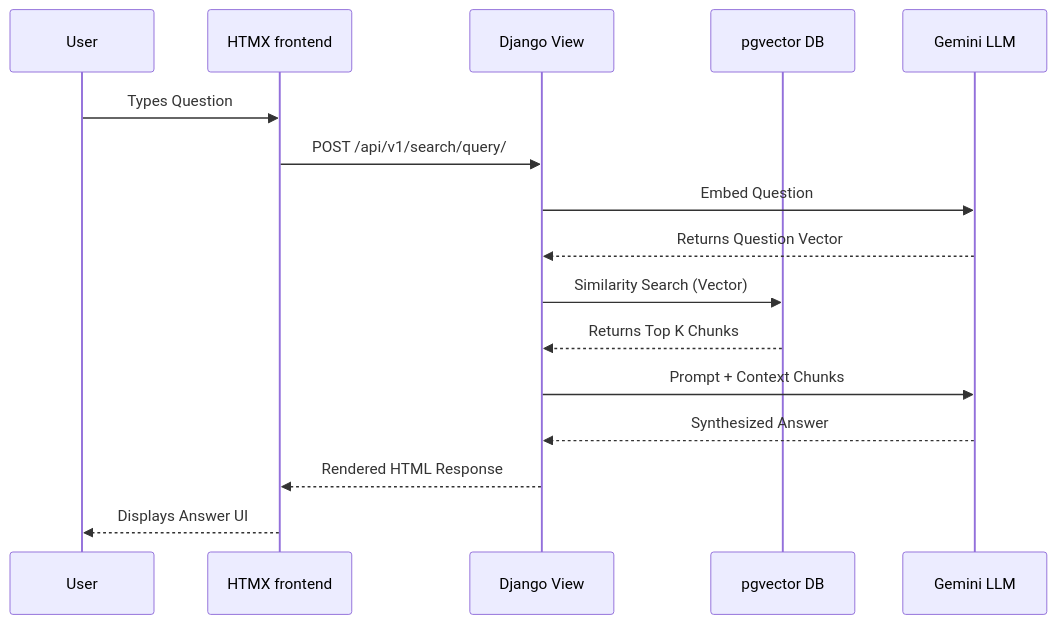
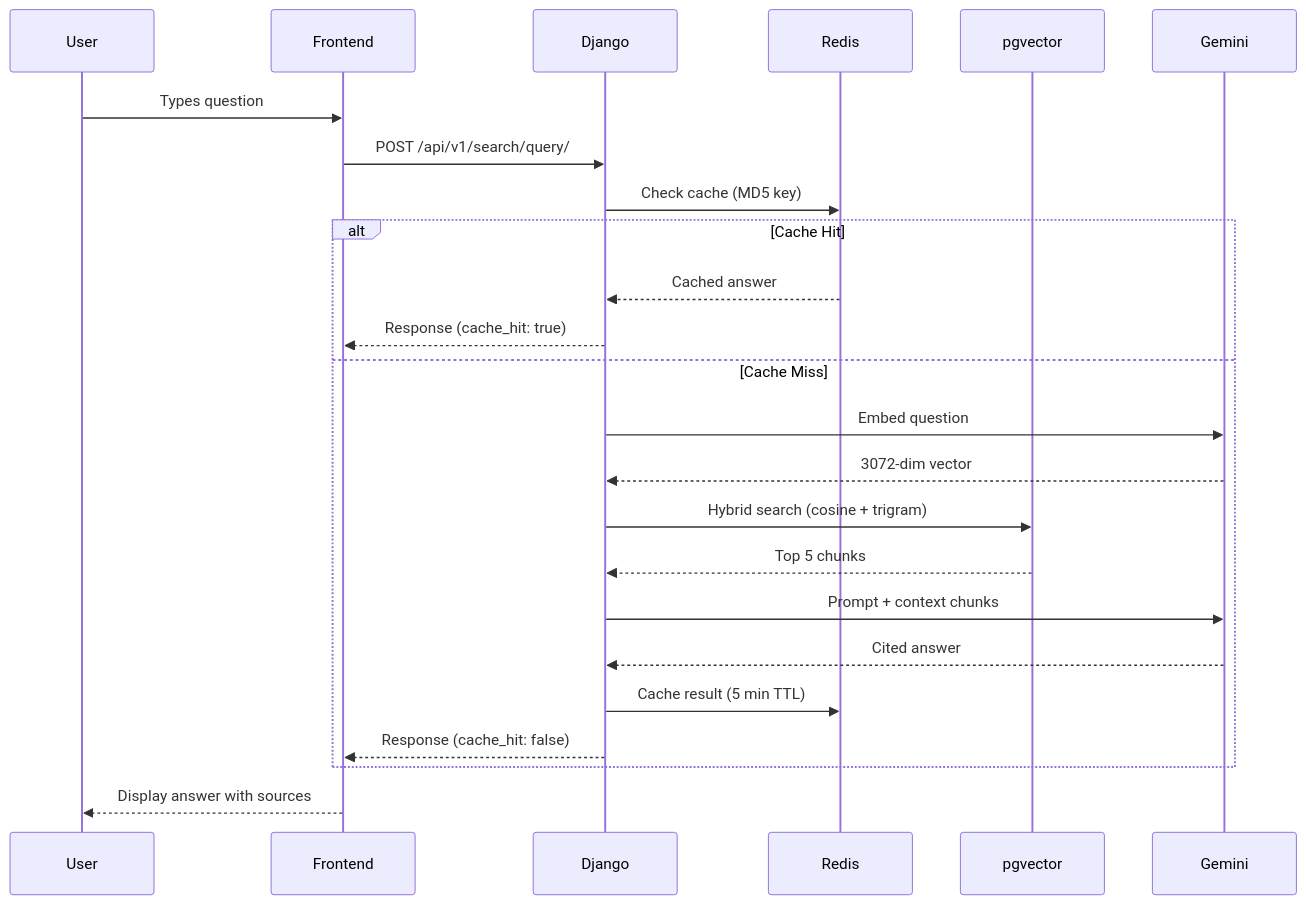
One commit to Jishan198/DocuMind changed the third of 3 diagrams in README.md. Above: the diagram before and after it, drawn with Mermaid. The commit also changed other lines of this file and 12 other files, not shown here.

Commit message:
feat: add tests, RBAC enforcement, query caching, health check, audit UI, rate limiting fix

````diff
--- a/README.md
+++ b/README.md
@@ -126,19 +199,27 @@
 ```mermaid
 sequenceDiagram
     participant User
-    participant HTMX frontend
-    participant Django View
-    participant pgvector DB
-    participant Gemini LLM
-    
-    User->>HTMX frontend: Types Question
-    HTMX frontend->>Django View: POST /api/v1/search/query/
-    Django View->>Gemini LLM: Embed Question
-    Gemini LLM-->>Django View: Returns Question Vector
-    Django View->>pgvector DB: Similarity Search (Vector)
-    pgvector DB-->>Django View: Returns Top K Chunks
-    Django View->>Gemini LLM: Prompt + Context Chunks
-    Gemini LLM-->>Django View: Synthesized Answer
-    Django View-->>HTMX frontend: Rendered HTML Response
-    HTMX frontend-->>User: Displays Answer UI
+    participant Frontend
+    participant Django
+    participant Redis
+    participant pgvector
+    participant Gemini
+
+    User->>Frontend: Types question
+    Frontend->>Django: POST /api/v1/search/query/
+    Django->>Redis: Check cache (MD5 key)
+    alt Cache Hit
+        Redis-->>Django: Cached answer
+        Django-->>Frontend: Response (cache_hit: true)
+    else Cache Miss
+        Django->>Gemini: Embed question
+        Gemini-->>Django: 3072-dim vector
+        Django->>pgvector: Hybrid search (cosine + trigram)
+        pgvector-->>Django: Top 5 chunks
+        Django->>Gemini: Prompt + context chunks
+        Gemini-->>Django: Cited answer
+        Django->>Redis: Cache result (5 min TTL)
+        Django-->>Frontend: Response (cache_hit: false)
+    end
+    Frontend-->>User: Display answer with sources
 ```
````
